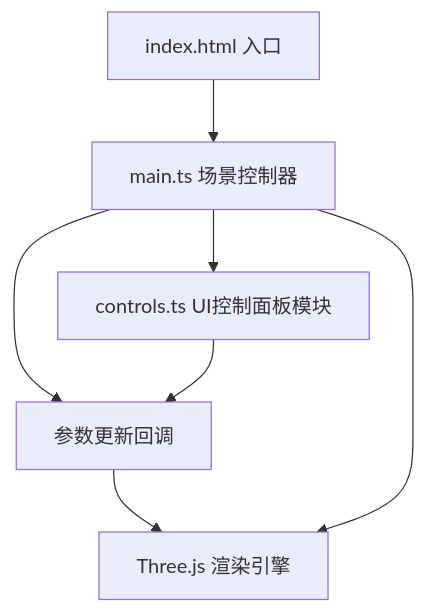
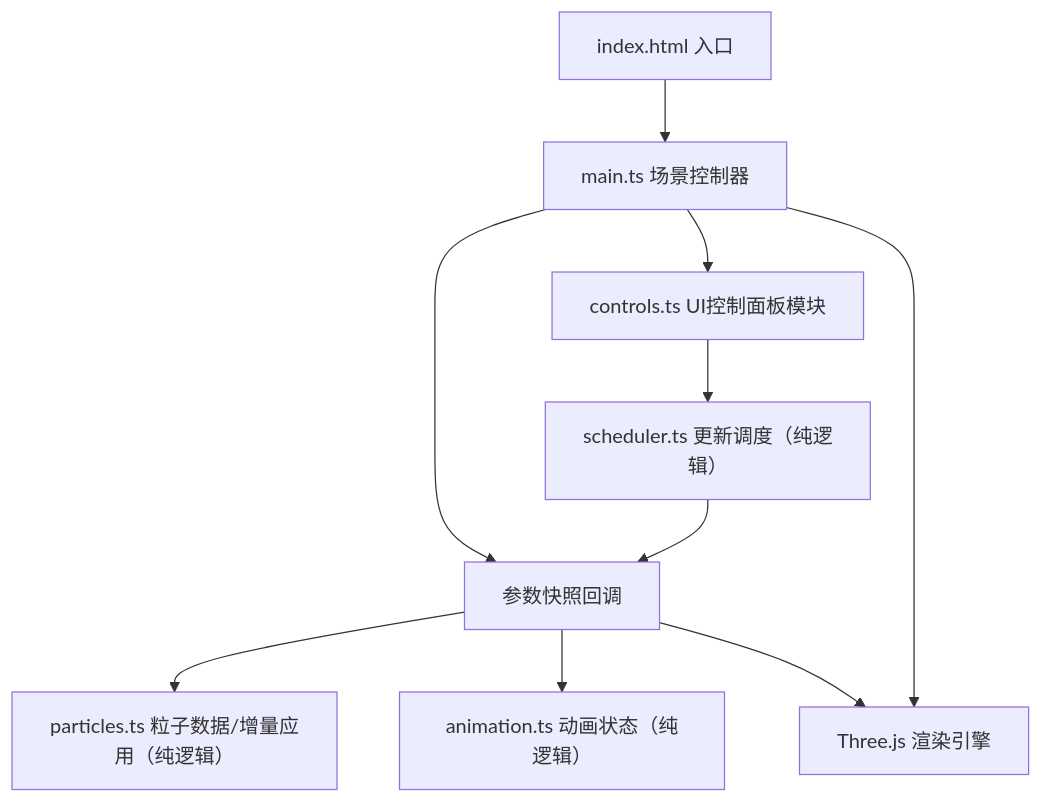
Before and after one commit to NUDT-ZSL/FeedBack: the diagram in .trae/documents/TechnicalArchitecture.md, drawn with Mermaid. The commit also changed other lines of this file and 10 other files, not shown here.

````diff
--- a/.trae/documents/TechnicalArchitecture.md
+++ b/.trae/documents/TechnicalArchitecture.md
@@ -4,9 +4,12 @@
 ```mermaid
 graph TD
     A["index.html 入口"] --> B["main.ts 场景控制器"]
     B --> C["nebula.ts 粒子系统模块"]
     B --> D["controls.ts UI控制面板模块"]
+    C --> F["particles.ts 粒子数据/增量应用（纯逻辑）"]
+    C --> G["animation.ts 动画状态（纯逻辑）"]
+    D --> H["scheduler.ts 更新调度（纯逻辑）"]
+    H --> C["参数快照回调"]
     C --> E["Three.js 渲染引擎"]
-    D --> C["参数更新回调"]
     B --> E
 ```
````
